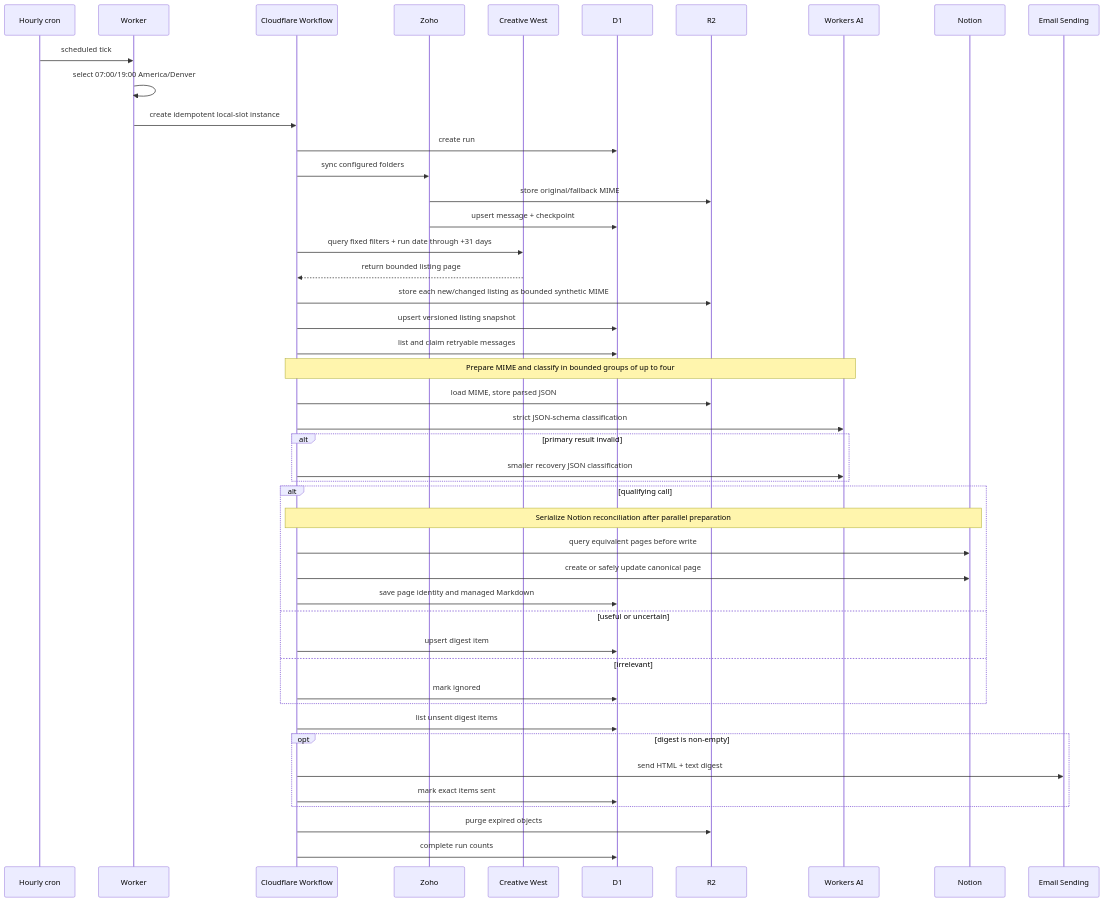
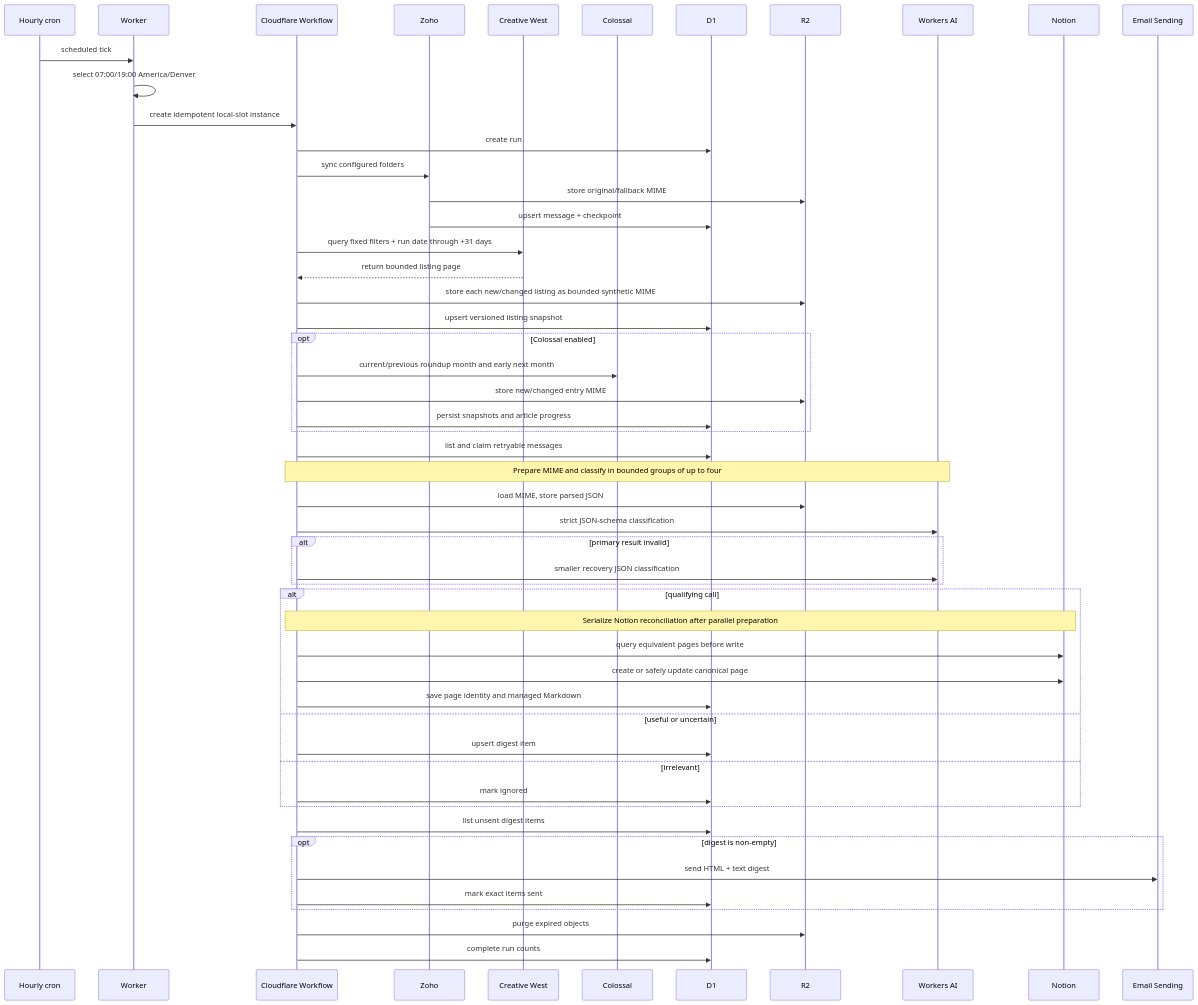
Before and after one commit to aindaco1/dust-wave-opportunity-radar: the diagram in docs/ARCHITECTURE.md, drawn with Mermaid. The commit also changed other lines of this file and 45 other files, not shown here.

````diff
--- a/docs/ARCHITECTURE.md
+++ b/docs/ARCHITECTURE.md
@@ -24,49 +25,55 @@
 ```mermaid
 sequenceDiagram
   participant Cron as Hourly cron
   participant Worker
   participant Flow as Cloudflare Workflow
   participant Zoho
   participant CW as Creative West
+  participant Colossal
   participant D1
   participant R2
   participant AI as Workers AI
   participant Notion
   participant Email as Email Sending
 
   Cron->>Worker: scheduled tick
   Worker->>Worker: select 07:00/19:00 America/Denver
   Worker->>Flow: create idempotent local-slot instance
   Flow->>D1: create run
   Flow->>Zoho: sync configured folders
   Zoho->>R2: store original/fallback MIME
   Zoho->>D1: upsert message + checkpoint
   Flow->>CW: query fixed filters + run date through +31 days
   CW-->>Flow: return bounded listing page
   Flow->>R2: store each new/changed listing as bounded synthetic MIME
   Flow->>D1: upsert versioned listing snapshot
+  opt Colossal enabled
+    Flow->>Colossal: current/previous roundup month and early next month
+    Flow->>R2: store new/changed entry MIME
+    Flow->>D1: persist snapshots and article progress
+  end
   Flow->>D1: list and claim retryable messages
   Note over Flow,AI: Prepare MIME and classify in bounded groups of up to four
   Flow->>R2: load MIME, store parsed JSON
   Flow->>AI: strict JSON-schema classification
   alt primary result invalid
     Flow->>AI: smaller recovery JSON classification
   end
   alt qualifying call
     Note over Flow,Notion: Serialize Notion reconciliation after parallel preparation
     Flow->>Notion: query equivalent pages before write
     Flow->>Notion: create or safely update canonical page
     Flow->>D1: save page identity and managed Markdown
   else useful or uncertain
     Flow->>D1: upsert digest item
   else irrelevant
     Flow->>D1: mark ignored
   end
   Flow->>D1: list unsent digest items
   opt digest is non-empty
     Flow->>Email: send HTML + text digest
     Flow->>D1: mark exact items sent
   end
   Flow->>R2: purge expired objects
   Flow->>D1: complete run counts
 ```
````
